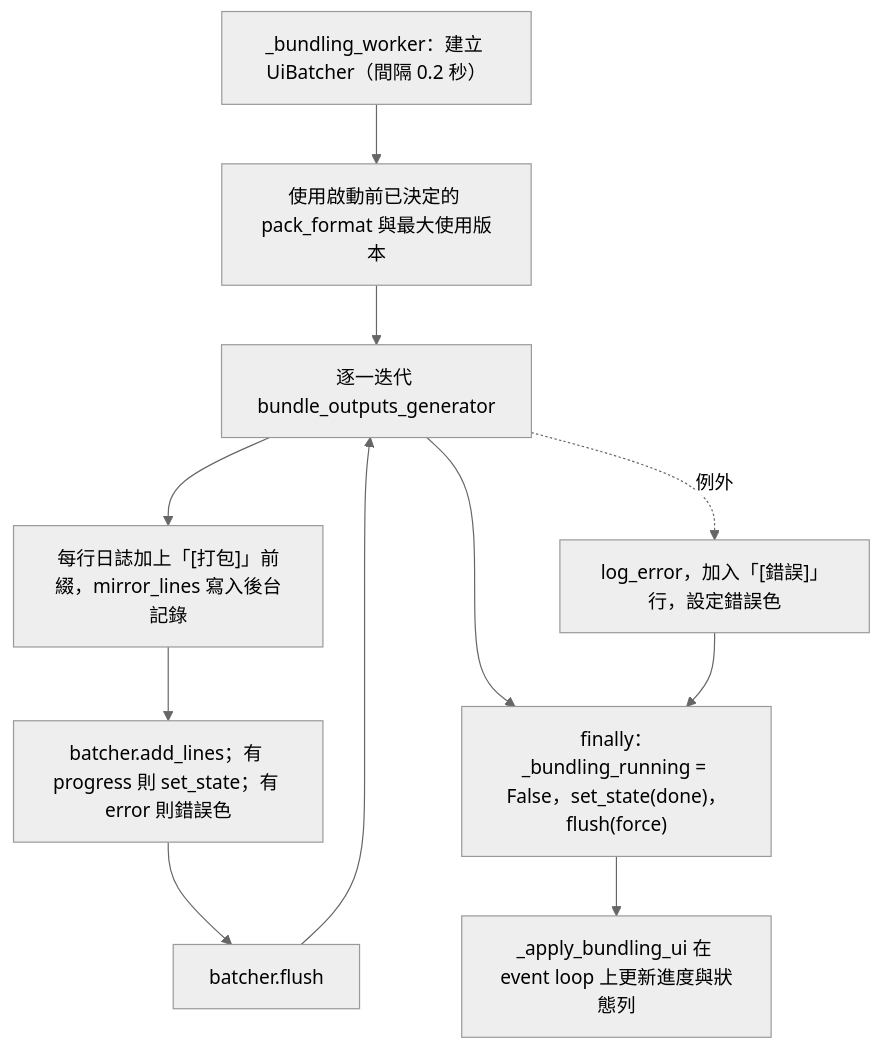
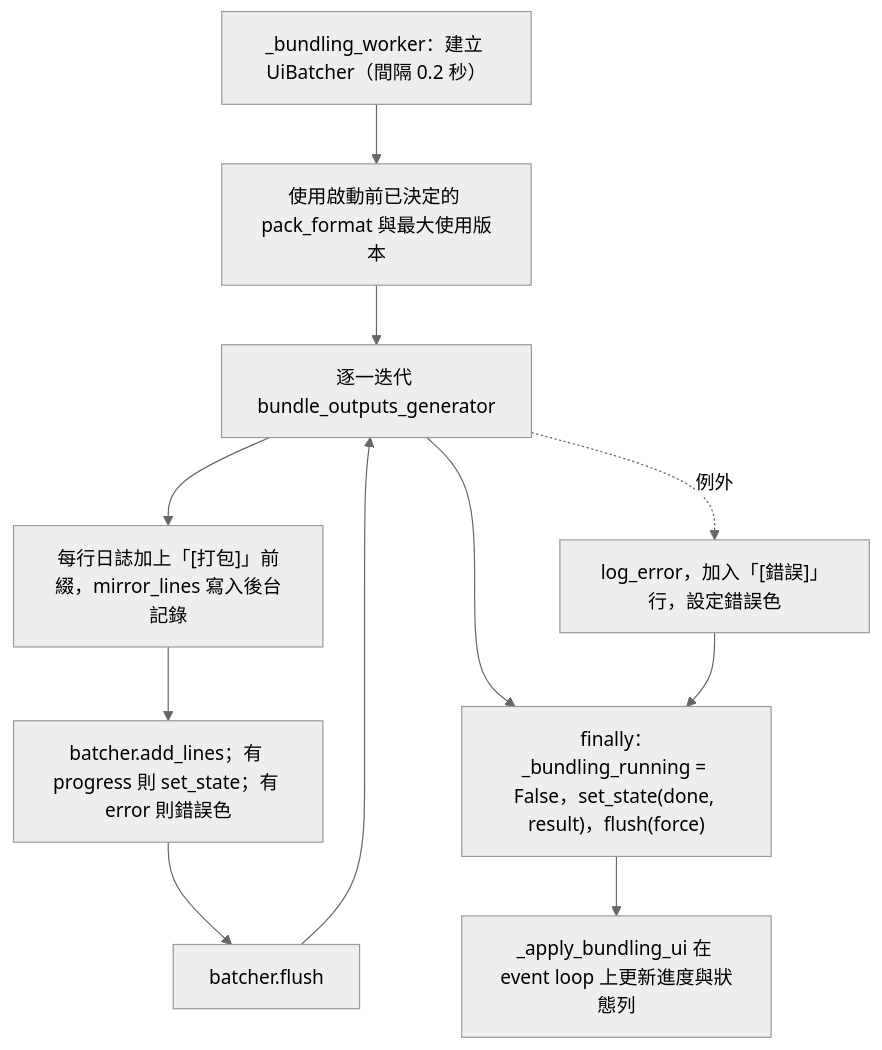
Before and after one commit to jlin53882/Minecraft-translate: the fifth of 6 diagrams in docs/page_flows/bundler.md, drawn with Mermaid (neutral theme). The commit also changed other lines of this file and 251 other files, not shown here.

First line of the commit message:
perf: 85 萬筆 Mod 資料庫與 2000 模組的效能修正、圖示準確度、替換規則清理、預覽與執行 KPI 一致化 (#217)

````diff
--- a/docs/page_flows/bundler.md
+++ b/docs/page_flows/bundler.md
@@ -83,13 +83,13 @@
 ```mermaid
 flowchart TD
     A["_bundling_worker：建立 UiBatcher（間隔 0.2 秒）"] --> B["使用啟動前已決定的 pack_format 與最大使用版本"]
     B --> C["逐一迭代 bundle_outputs_generator"]
     C --> D["每行日誌加上「[打包]」前綴，mirror_lines 寫入後台記錄"]
     D --> E["batcher.add_lines；有 progress 則 set_state；有 error 則錯誤色"]
     E --> F["batcher.flush"]
     F --> C
     C -. 例外 .-> G["log_error，加入「[錯誤]」行，設定錯誤色"]
-    C --> H["finally：_bundling_running = False，set_state(done)，flush(force)"]
+    C --> H["finally：_bundling_running = False，set_state(done, result)，flush(force)"]
     G --> H
     H --> I["_apply_bundling_ui 在 event loop 上更新進度與狀態列"]
 ```
````
